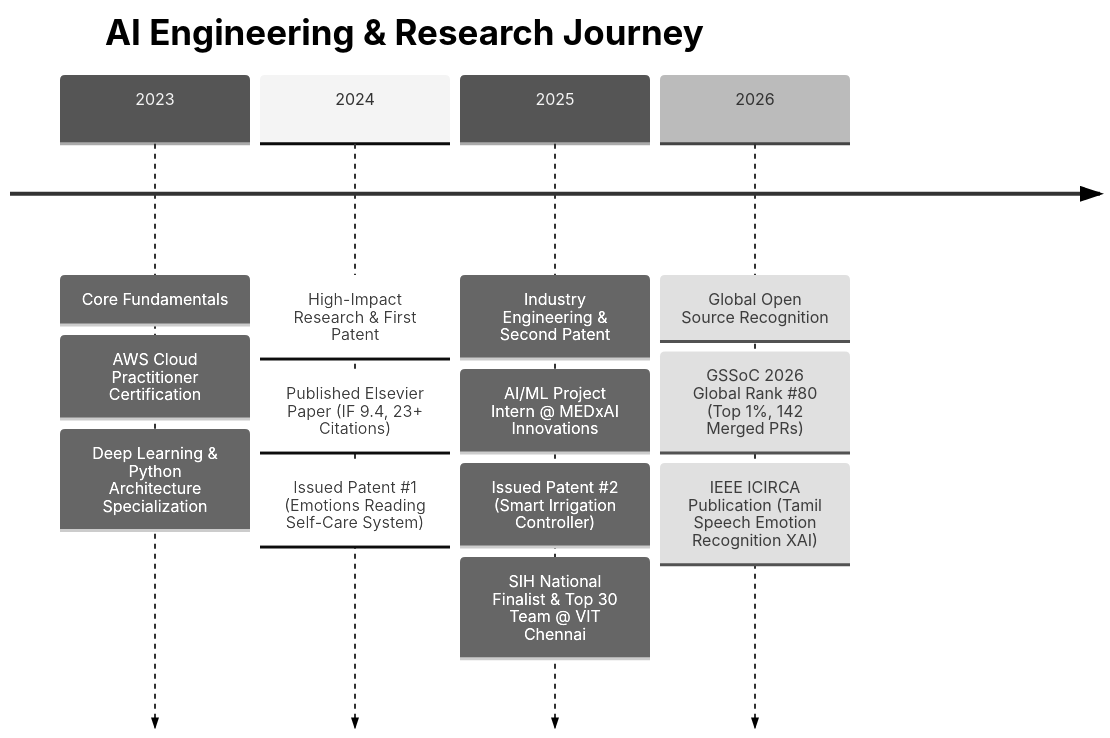
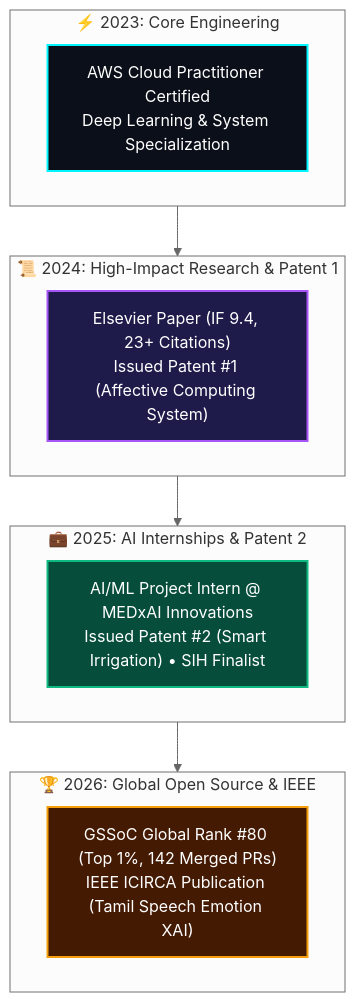
The second of 2 diagrams in README.md (GOKULRAM-K/GOKULRAM-K), drawn with Mermaid (neutral theme) before and after one commit. The commit also changed other lines of this file, not shown here.

````diff
--- a/README.md
+++ b/README.md
@@ -274,17 +319,30 @@
 ```mermaid
-timeline
-    title AI Engineering & Research Journey
-    2023 : Core Fundamentals
-         : AWS Cloud Practitioner Certification
-         : Deep Learning & Python Architecture Specialization
-    2024 : High-Impact Research & First Patent
-         : Published Elsevier Paper (IF 9.4, 23+ Citations)
-         : Issued Patent #1 (Emotions Reading Self-Care System)
-    2025 : Industry Engineering & Second Patent
-         : AI/ML Project Intern @ MEDxAI Innovations
-         : Issued Patent #2 (Smart Irrigation Controller)
-         : SIH National Finalist & Top 30 Team @ VIT Chennai
-    2026 : Global Open Source Recognition
-         : GSSoC 2026 Global Rank #80 (Top 1%, 142 Merged PRs)
-         : IEEE ICIRCA Publication (Tamil Speech Emotion Recognition XAI)
+graph TD
+    subgraph Y2023 ["⚡ 2023: Core Engineering"]
+        A["AWS Cloud Practitioner Certified<br/>Deep Learning & System Specialization"]
+    end
+
+    subgraph Y2024 ["📜 2024: High-Impact Research & Patent 1"]
+        B["Elsevier Paper (IF 9.4, 23+ Citations)<br/>Issued Patent #1 (Affective Computing System)"]
+    end
+
+    subgraph Y2025 ["💼 2025: AI Internships & Patent 2"]
+        C["AI/ML Project Intern @ MEDxAI Innovations<br/>Issued Patent #2 (Smart Irrigation) • SIH Finalist"]
+    end
+
+    subgraph Y2026 ["🏆 2026: Global Open Source & IEEE"]
+        D["GSSoC Global Rank #80 (Top 1%, 142 Merged PRs)<br/>IEEE ICIRCA Publication (Tamil Speech Emotion XAI)"]
+    end
+
+    Y2023 --> Y2024 --> Y2025 --> Y2026
+
+    classDef t2023 fill:#0b0f19,stroke:#00F5FF,stroke-width:2px,color:#fff;
+    classDef t2024 fill:#1e1b4b,stroke:#A855F7,stroke-width:2px,color:#fff;
+    classDef t2025 fill:#064e3b,stroke:#10B981,stroke-width:2px,color:#fff;
+    classDef t2026 fill:#451a03,stroke:#F59E0B,stroke-width:2px,color:#fff;
+
+    class A t2023;
+    class B t2024;
+    class C t2025;
+    class D t2026;
 ```
````
